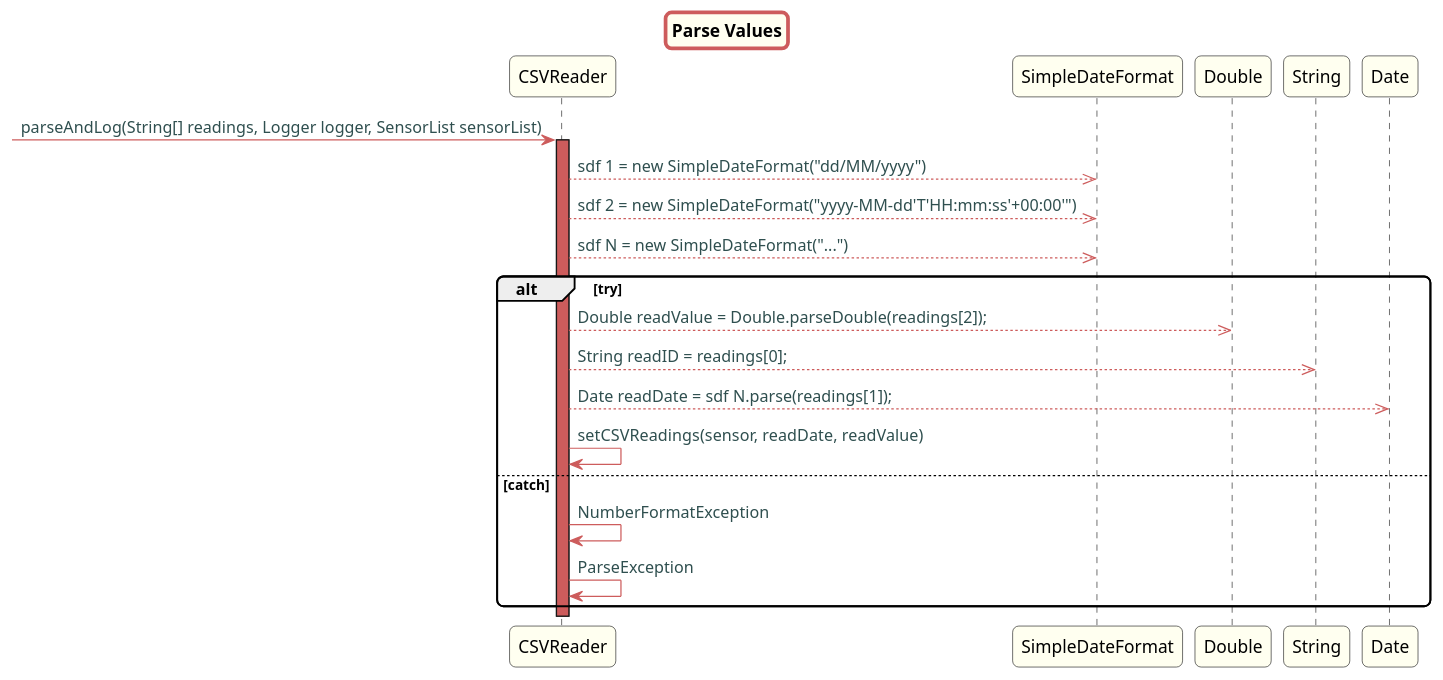
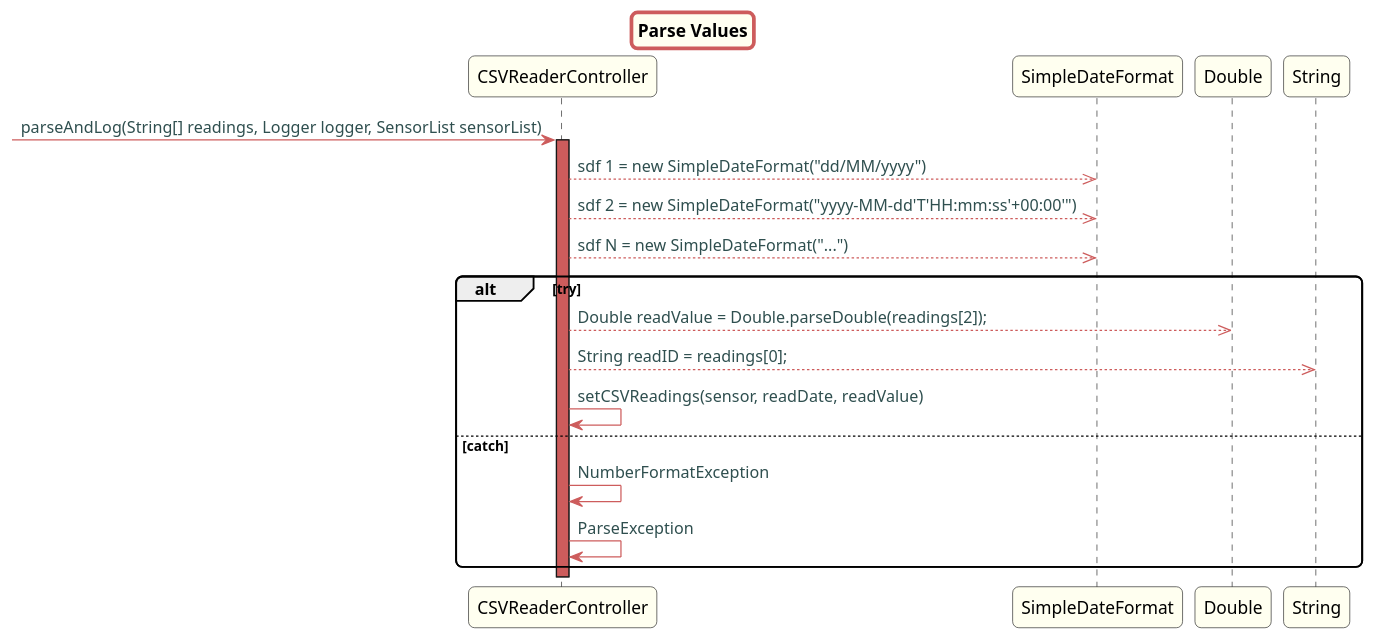
The diagram in src/doc/Controllers/HouseConfiguration/US20/US20ParseValues.puml (Almadanmp/project), drawn with PlantUML before and after one commit. The commit also changed 6 other files, not shown here.

Commit message:
Ref #160 Updates all US UML Diagrams for new Controller Class

```diff
--- a/src/doc/Controllers/HouseConfiguration/US20/US20ParseValues.puml
+++ b/src/doc/Controllers/HouseConfiguration/US20/US20ParseValues.puml
@@ -1,53 +1,52 @@
 @startuml
 
 title Parse Values
 
 skinparam titleBorderRoundCorner 10
 skinparam titleBorderThickness 3
 skinparam titleBorderColor indianred
 skinparam titleBackgroundColor ivory
 skinparam FontName quicksand
 
 skinparam actor {
  	BorderColor indianred
  	}
 
  skinparam sequence {
  	LifeLineBackgroundColor indianred
  	ParticipantBackgroundColor ivory
  }
 
  skinparam roundcorner 10
 
  skinparam component {
    arrowThickness 1
    ArrowFontName Verdana
    ArrowColor indianred
    ArrowFontColor darkslategrey
  }
 
 
 
--> CSVReader: parseAndLog(String[] readings, Logger logger, SensorList sensorList)
-activate CSVReader
+-> CSVReaderController: parseAndLog(String[] readings, Logger logger, SensorList sensorList)
+activate CSVReaderController
 
-CSVReader -->> SimpleDateFormat: sdf 1 = new SimpleDateFormat("dd/MM/yyyy")
-CSVReader -->> SimpleDateFormat: sdf 2 = new SimpleDateFormat("yyyy-MM-dd'T'HH:mm:ss'+00:00'")
-CSVReader -->> SimpleDateFormat: sdf N = new SimpleDateFormat("...")
+CSVReaderController -->> SimpleDateFormat: sdf 1 = new SimpleDateFormat("dd/MM/yyyy")
+CSVReaderController -->> SimpleDateFormat: sdf 2 = new SimpleDateFormat("yyyy-MM-dd'T'HH:mm:ss'+00:00'")
+CSVReaderController -->> SimpleDateFormat: sdf N = new SimpleDateFormat("...")
 
 alt try
 
-CSVReader -->> Double: Double readValue = Double.parseDouble(readings[2]);
-CSVReader -->> String:String readID = readings[0];
-CSVReader -->> Date:Date readDate = sdf N.parse(readings[1]);
-CSVReader -> CSVReader: setCSVReadings(sensor, readDate, readValue)
+CSVReaderController -->> Double: Double readValue = Double.parseDouble(readings[2]);
+CSVReaderController -->> String:String readID = readings[0];
+CSVReaderController -> CSVReaderController: setCSVReadings(sensor, readDate, readValue)
 
 else catch
-CSVReader -> CSVReader: NumberFormatException
-CSVReader -> CSVReader: ParseException
+CSVReaderController -> CSVReaderController: NumberFormatException
+CSVReaderController -> CSVReaderController: ParseException
 
 end
 
 
 
 @enduml
```
